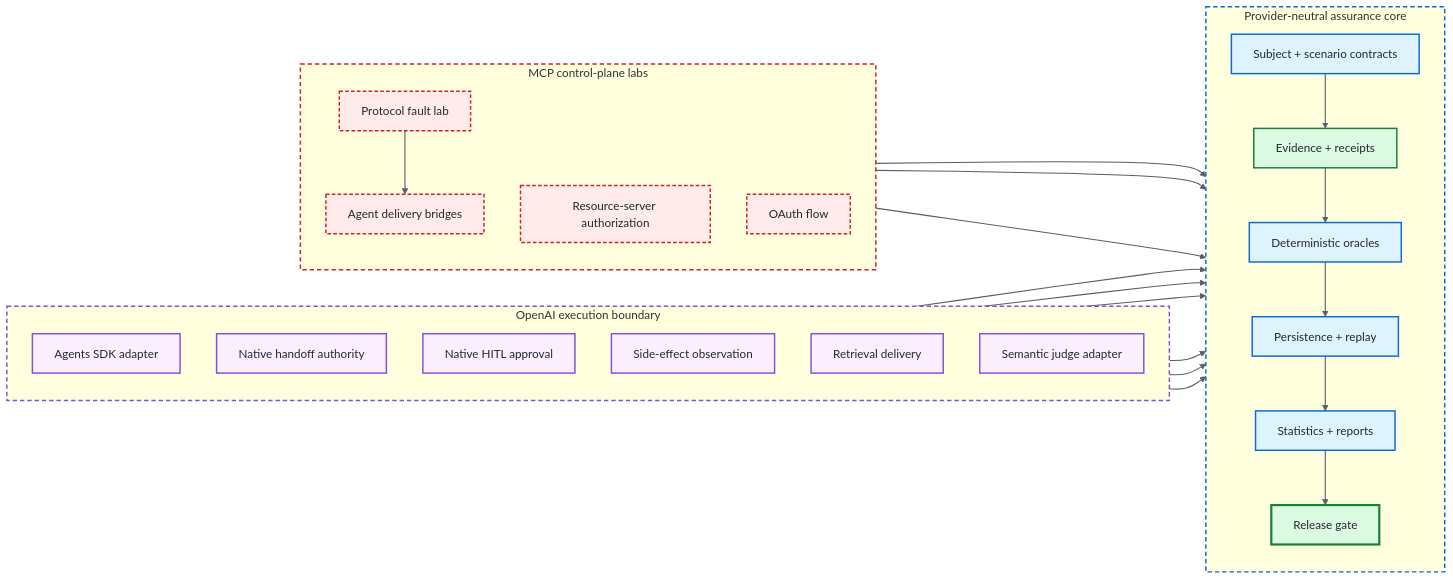
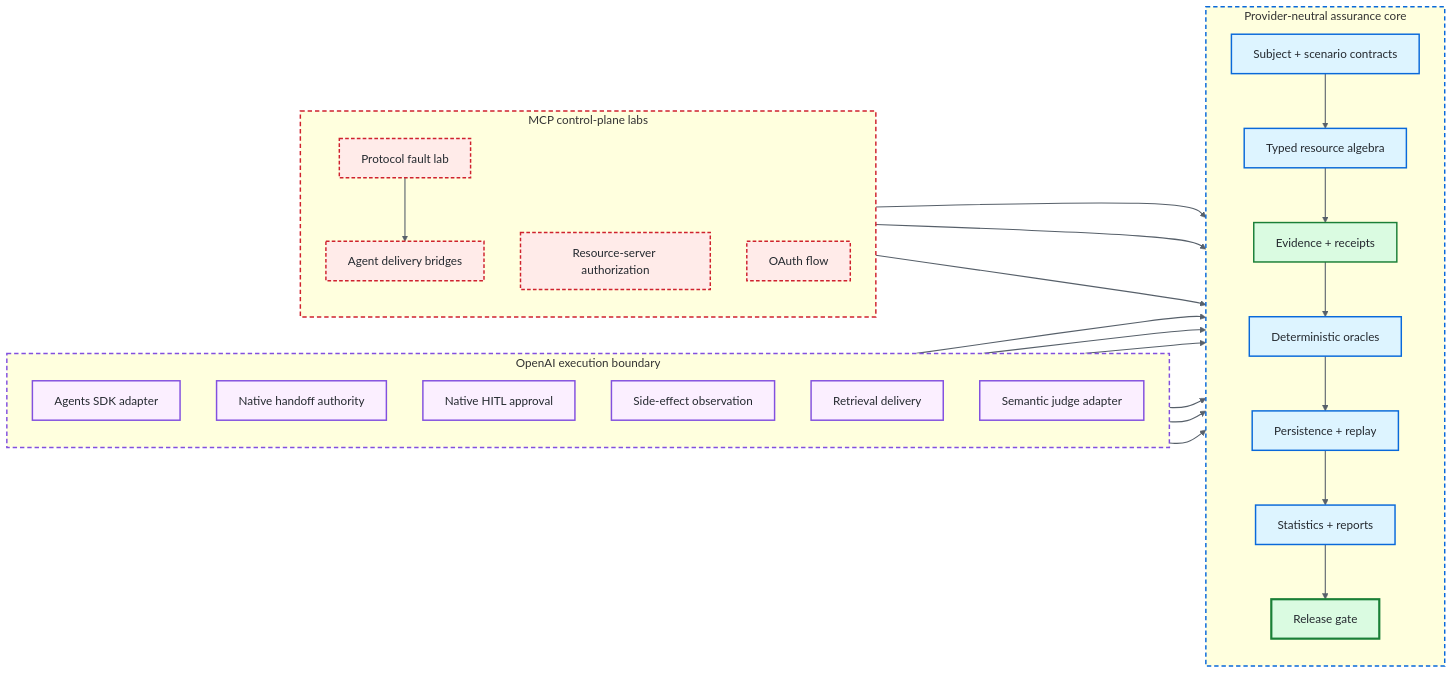
Before and after one commit to portyu9/qa-automation-ai-agent-evals: the first of 4 diagrams in docs/FRAMEWORK_SURFACE.md, drawn with Mermaid. The commit also changed other lines of this file, not shown here.

Commit message:
docs(surface): expose typed resource authority boundary

````diff
--- a/docs/FRAMEWORK_SURFACE.md
+++ b/docs/FRAMEWORK_SURFACE.md
@@ -11,61 +11,62 @@
 ```mermaid
 flowchart LR
     accTitle: Executable framework lanes and authority boundaries
-    accDescr: The provider-neutral core owns contracts, evidence, deterministic grading, replay, statistics, and release policy. OpenAI and MCP integrations supply bounded execution and protocol observations. Specialized bridges establish delivery relations before evidence is accepted by the core.
+    accDescr: The provider-neutral core owns contracts, typed resource authority, evidence, deterministic grading, replay, statistics, and release policy. OpenAI and MCP integrations supply bounded execution and protocol observations. Specialized bridges establish delivery relations before evidence is accepted by the core.
 
     subgraph CORE[Provider-neutral assurance core]
       direction TB
       C[Subject + scenario contracts]
+      RI[Typed resource algebra]
       E[Evidence + receipts]
       O[Deterministic oracles]
       P[Persistence + replay]
       S[Statistics + reports]
       G[Release gate]
-      C --> E --> O --> P --> S --> G
+      C --> RI --> E --> O --> P --> S --> G
     end
 
     subgraph OPENAI[OpenAI execution boundary]
       direction TB
       OA[Agents SDK adapter]
       H[Native handoff authority]
       A[Native HITL approval]
       I[Side-effect observation]
       R[Retrieval delivery]
       J[Semantic judge adapter]
     end
 
     subgraph MCP[MCP control-plane labs]
       direction TB
       F[Protocol fault lab]
       RA[Resource-server authorization]
       OF[OAuth flow]
       B[Agent delivery bridges]
     end
 
     OA --> E
     H --> E
     A --> E
     I --> E
     R --> E
     J --> E
     F --> B --> E
     RA --> E
     OF --> E
 
     classDef authority fill:#ddf4ff,stroke:#0969da,color:#24292f,stroke-width:2px
     classDef evidence fill:#dafbe1,stroke:#1a7f37,color:#24292f,stroke-width:2px
     classDef advisory fill:#fbefff,stroke:#8250df,color:#24292f,stroke-width:2px
     classDef boundary fill:#ffebe9,stroke:#cf222e,color:#24292f,stroke-width:2px,stroke-dasharray:5 3
     classDef terminal fill:#dafbe1,stroke:#1a7f37,color:#24292f,stroke-width:3px
 
-    class C,O,P,S authority
+    class C,RI,O,P,S authority
     class E evidence
     class G terminal
     class OA,H,A,I,R,J advisory
     class F,RA,OF,B boundary
 
     style CORE stroke:#0969da,stroke-width:2px,stroke-dasharray:6 4
     style OPENAI stroke:#8250df,stroke-width:2px,stroke-dasharray:6 4
     style MCP stroke:#cf222e,stroke-width:2px,stroke-dasharray:6 4
     linkStyle default stroke:#57606a,stroke-width:1.5px
 ```
````
